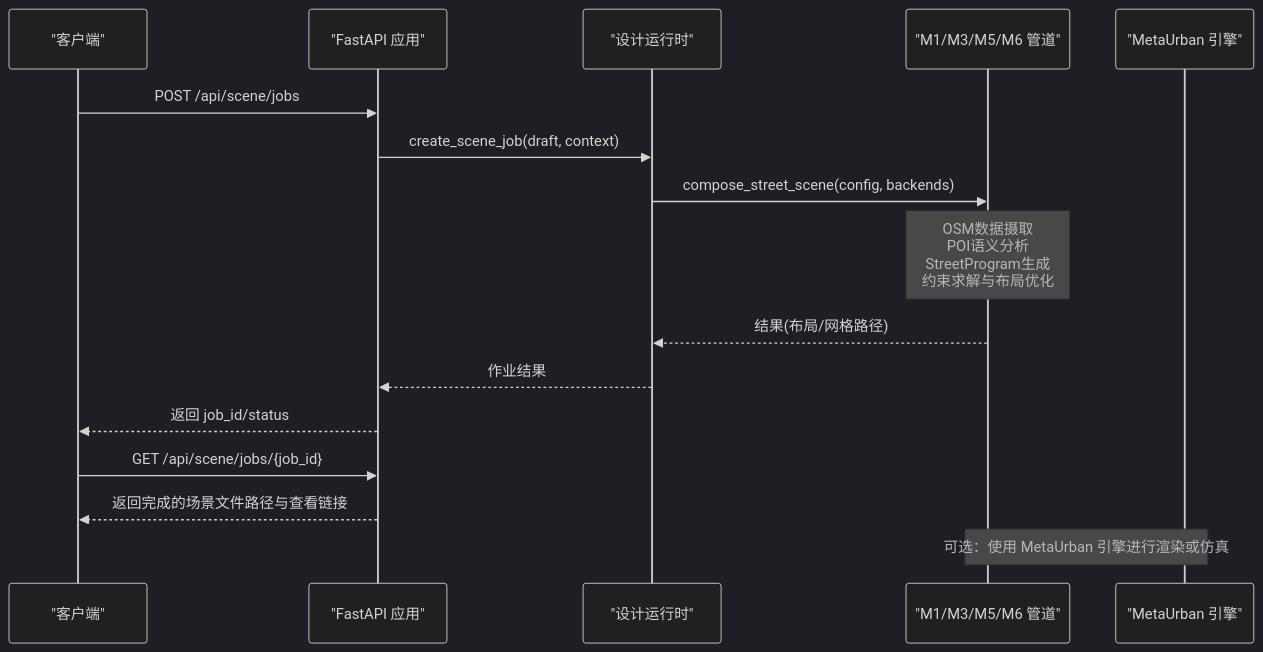
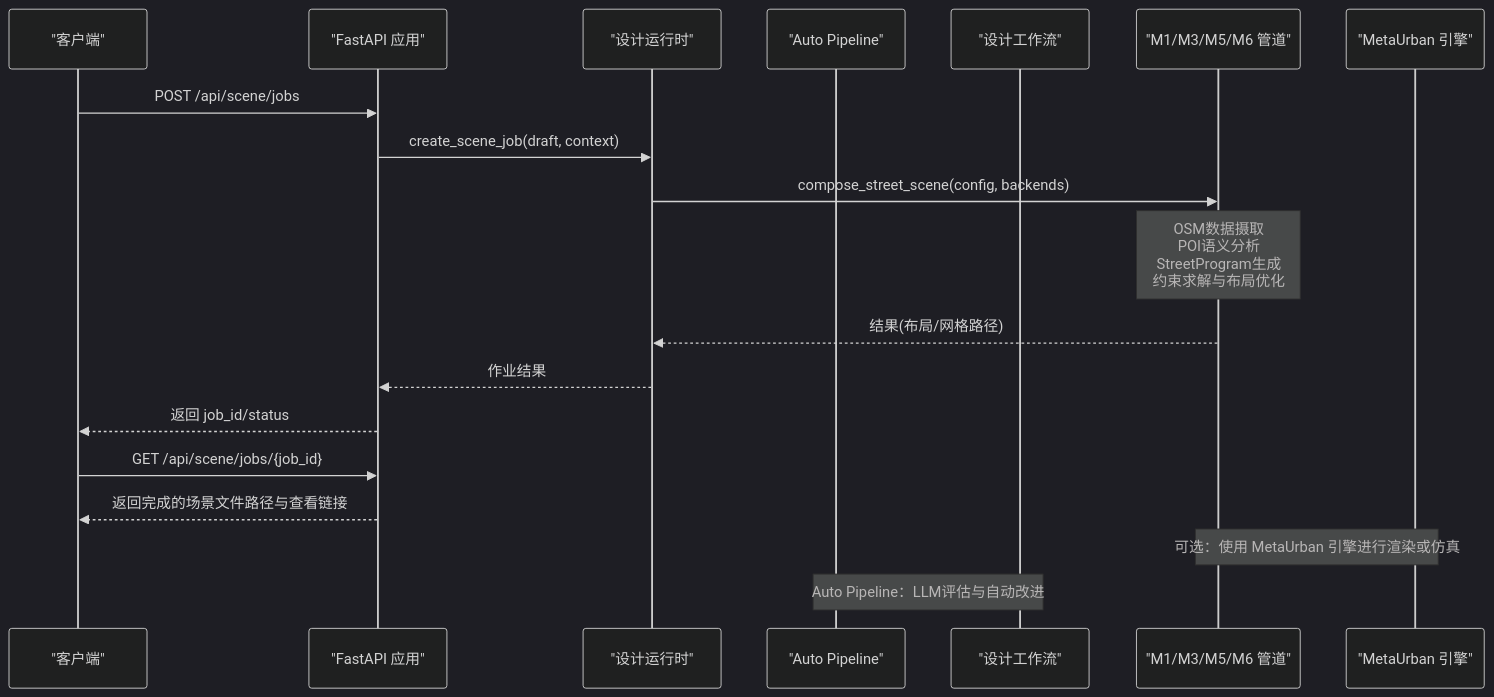
Before and after one commit to wsqstar/RoadGen3D: the second of 19 diagrams in .qoder/repowiki/zh/content/系统架构/系统架构.md, drawn with Mermaid (dark theme). The commit also changed other lines of this file and 8 other files, not shown here.

First line of the commit message:
feat(docs): update architecture docs with Auto Scene Pipeline and API details

````diff
--- a/.qoder/repowiki/zh/content/系统架构/系统架构.md
+++ b/.qoder/repowiki/zh/content/系统架构/系统架构.md
@@ -186,18 +228,21 @@
 ```mermaid
 sequenceDiagram
 participant Client as "客户端"
 participant API as "FastAPI 应用"
 participant Design as "设计运行时"
+participant AutoPipe as "Auto Pipeline"
+participant Workflow as "设计工作流"
 participant Pipe as "M1/M3/M5/M6 管道"
 participant Engine as "MetaUrban 引擎"
 Client->>API : POST /api/scene/jobs
 API->>Design : create_scene_job(draft, context)
 Design->>Pipe : compose_street_scene(config, backends)
 Note over Pipe : OSM数据摄取<br/>POI语义分析<br/>StreetProgram生成<br/>约束求解与布局优化
 Pipe-->>Design : 结果(布局/网格路径)
 Design-->>API : 作业结果
 API-->>Client : 返回 job_id/status
 Client->>API : GET /api/scene/jobs/{job_id}
 API-->>Client : 返回完成的场景文件路径与查看链接
 Note over Engine,Pipe : 可选：使用 MetaUrban 引擎进行渲染或仿真
+Note over AutoPipe,Workflow : Auto Pipeline：LLM评估与自动改进
 ```
````
